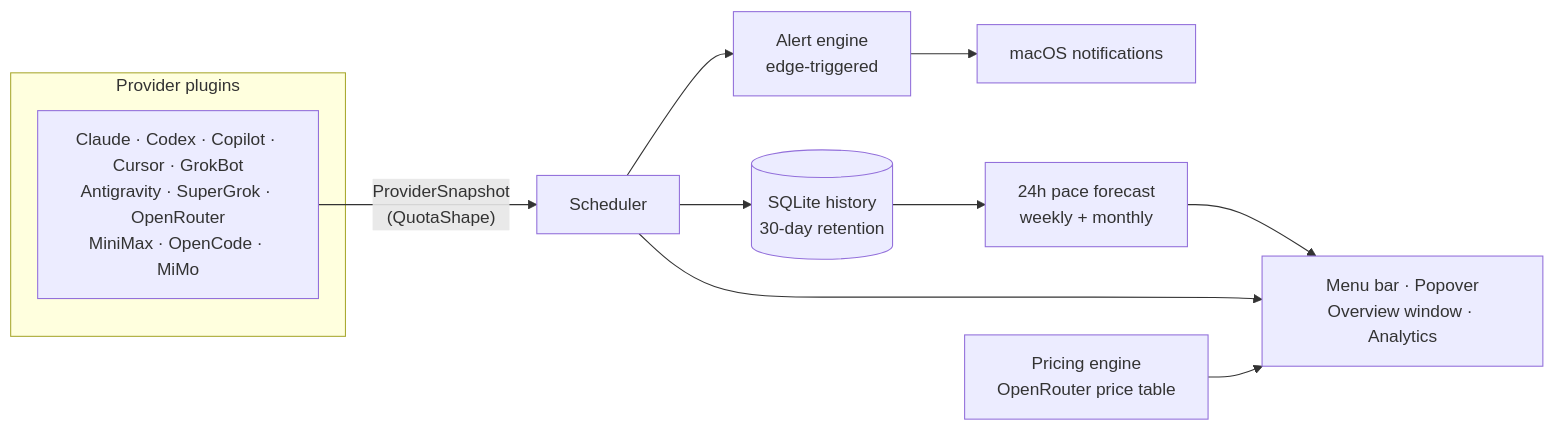
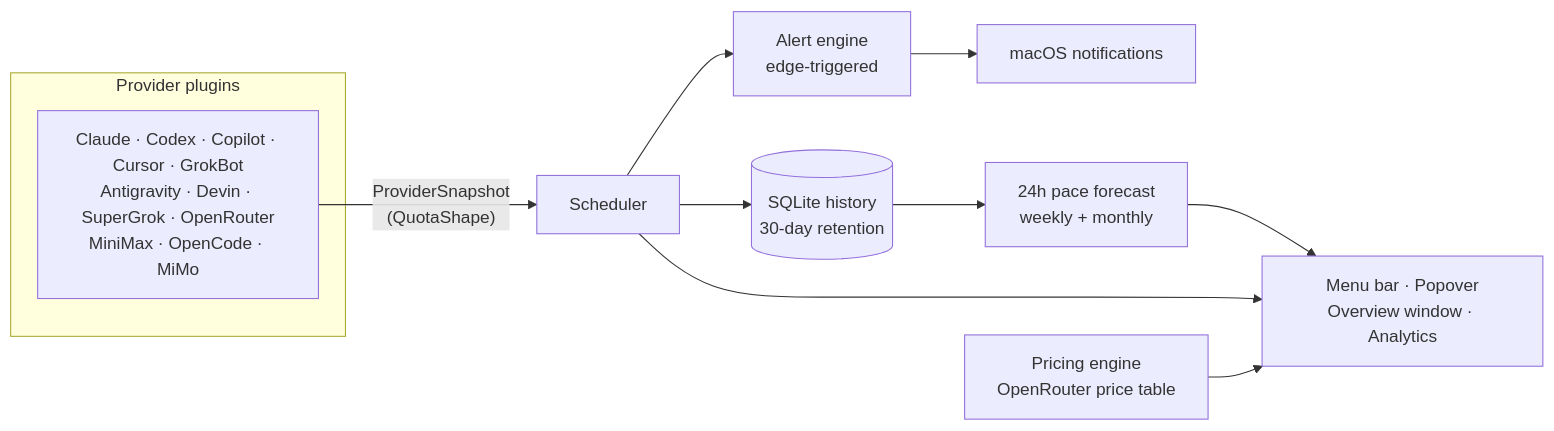
The diagram in README.md (OkamiOps/OkTally), drawn with Mermaid before and after one commit. The commit also changed other lines of this file and 32 other files, not shown here.

````diff
--- a/README.md
+++ b/README.md
@@ -128,14 +129,14 @@
 ```mermaid
 flowchart LR
     subgraph Providers["Provider plugins"]
-        P1["Claude · Codex · Copilot · Cursor · GrokBot<br/>Antigravity · SuperGrok · OpenRouter<br/>MiniMax · OpenCode · MiMo"]
+        P1["Claude · Codex · Copilot · Cursor · GrokBot<br/>Antigravity · Devin · SuperGrok · OpenRouter<br/>MiniMax · OpenCode · MiMo"]
     end
     P1 -->|"ProviderSnapshot<br/>(QuotaShape)"| S[Scheduler]
     S --> DB[(SQLite history<br/>30-day retention)]
     S --> AE[Alert engine<br/>edge-triggered]
     AE --> N[macOS notifications]
     DB --> FE[24h pace forecast<br/>weekly + monthly]
     FE --> UI["Menu bar · Popover<br/>Overview window · Analytics"]
     S --> UI
     PE[Pricing engine<br/>OpenRouter price table] --> UI
 ```
````
